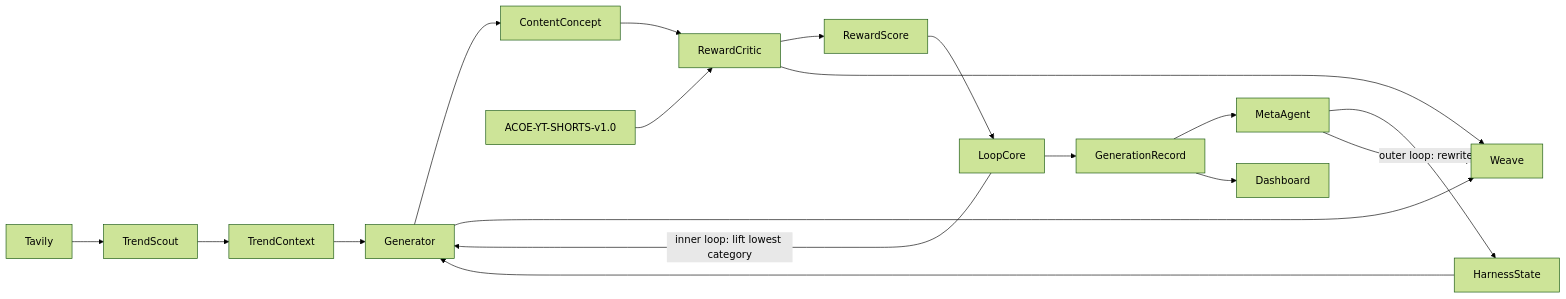
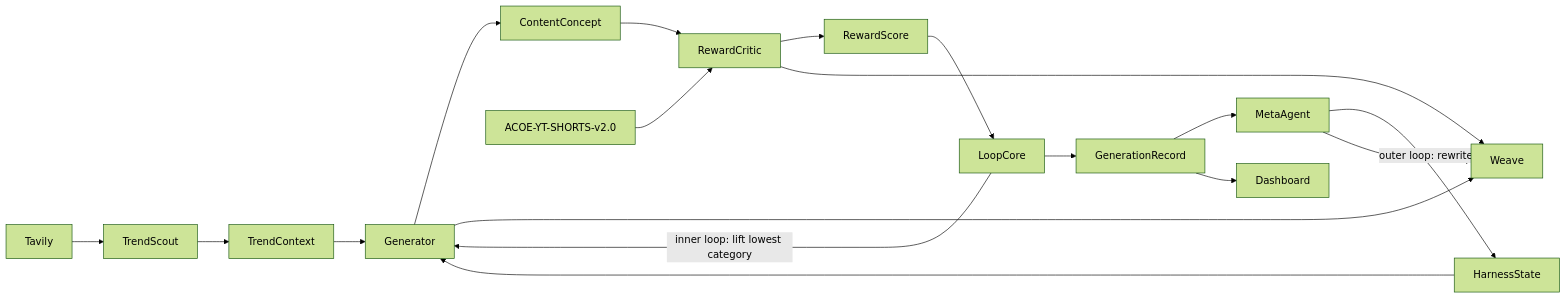
One commit to zoeyzheng123/harnesswiki-city changed the diagram in docs/ARCHITECTURE.md. Above: the diagram before and after it, drawn with Mermaid (forest theme). The commit also changed other lines of this file and 11 other files, not shown here.

````diff
--- a/docs/ARCHITECTURE.md
+++ b/docs/ARCHITECTURE.md
@@ -36,20 +36,20 @@
 ```mermaid
 flowchart LR
   Tavily --> TrendScout
   TrendScout --> TrendContext
   TrendContext --> Generator
   HarnessState --> Generator
   Generator --> ContentConcept
   ContentConcept --> RewardCritic
-  ACOE[ACOE-YT-SHORTS-v1.0] --> RewardCritic
+  ACOE[ACOE-YT-SHORTS-v2.0] --> RewardCritic
   RewardCritic --> RewardScore
   RewardScore --> LoopCore
   LoopCore -->|inner loop: lift lowest category| Generator
   LoopCore --> GenerationRecord
   GenerationRecord --> MetaAgent
   MetaAgent -->|outer loop: rewrite| HarnessState
   GenerationRecord --> Dashboard
   Generator --> Weave
   RewardCritic --> Weave
   MetaAgent --> Weave
 ```
````
